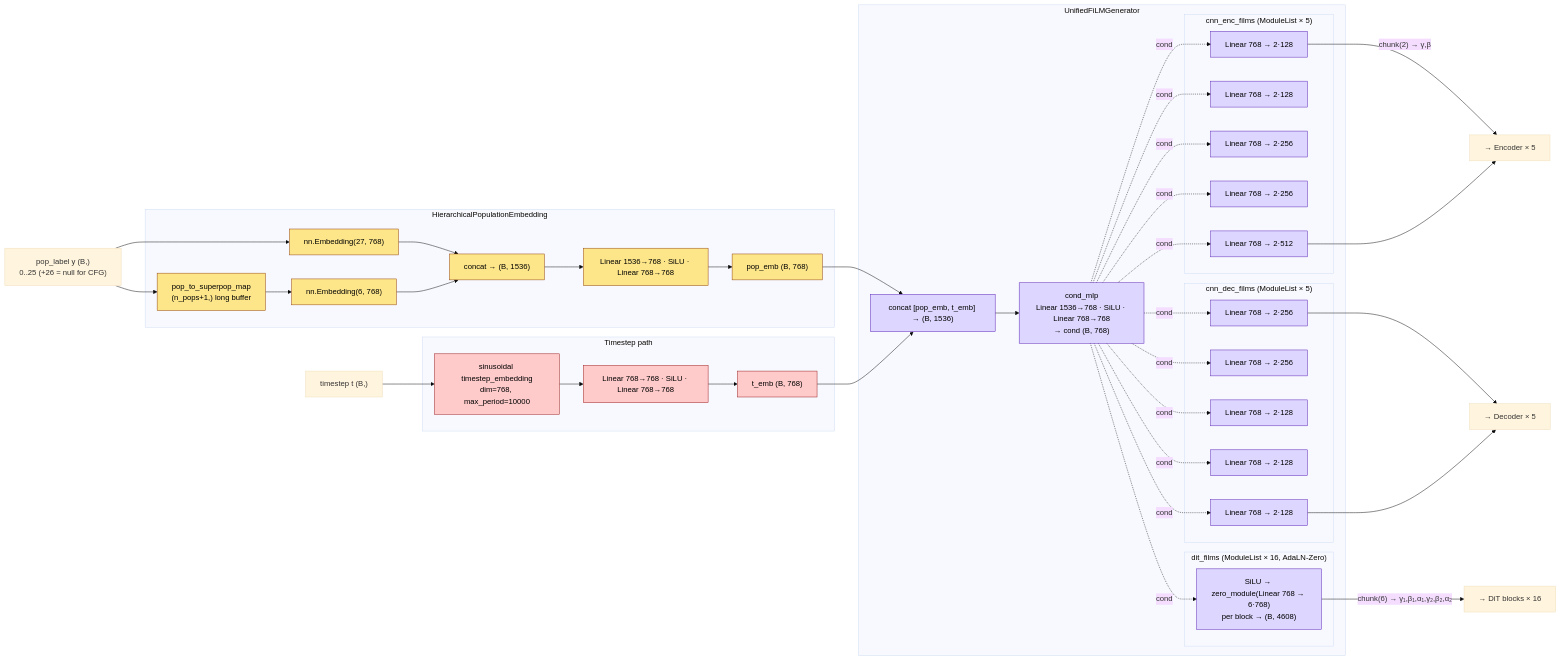
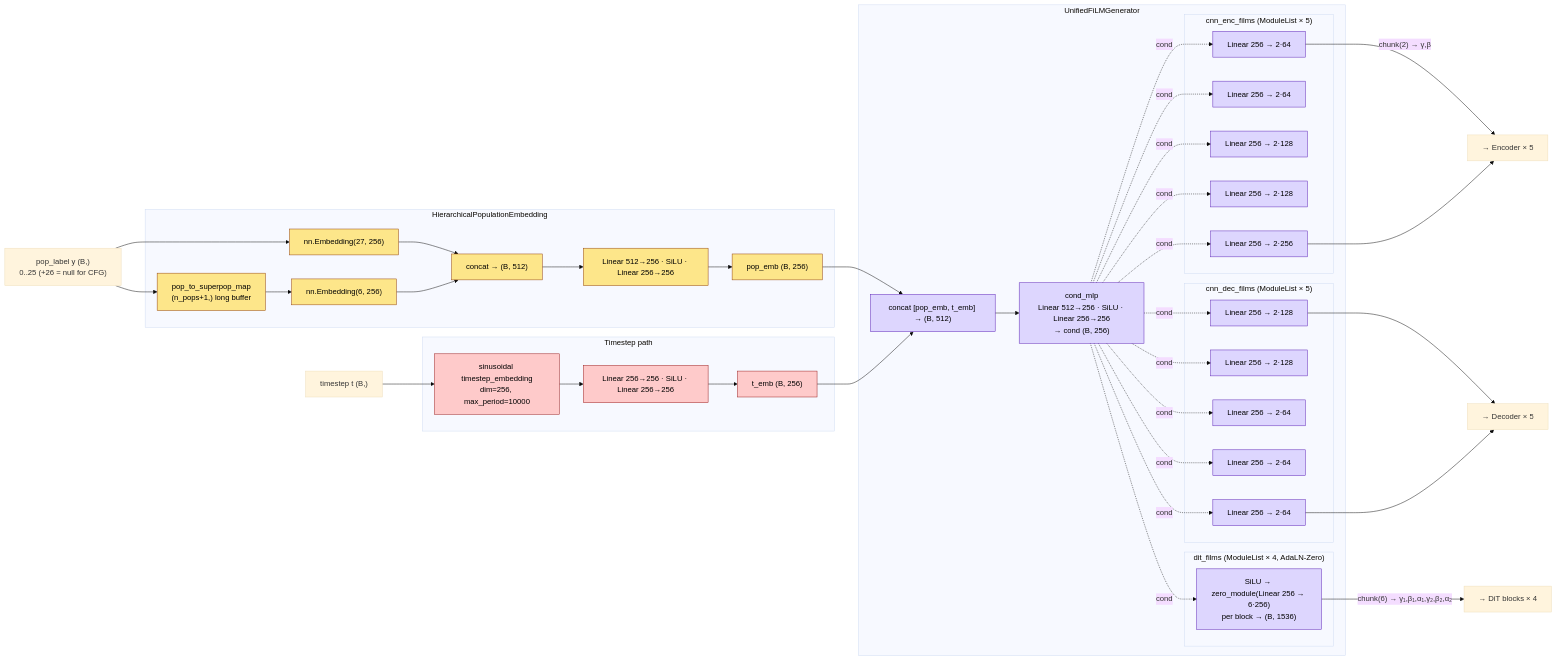
The second of 8 diagrams in README.md (zongseung/gene-synthesis-project), drawn with Mermaid (base theme) before and after one commit. The commit also changed other lines of this file and 43 other files, not shown here.

````diff
--- a/README.md
+++ b/README.md
@@ -219,71 +213,71 @@
 ```mermaid
 flowchart LR
     Y["pop_label y (B,)<br/>0..25 (+26 = null for CFG)"]
     T["timestep t (B,)"]
 
     subgraph HPE["HierarchicalPopulationEmbedding"]
         PMAP["pop_to_superpop_map<br/>(n_pops+1,) long buffer"]
-        PEMB["nn.Embedding(27, 768)"]
-        SEMB["nn.Embedding(6, 768)"]
-        CAT1["concat → (B, 1536)"]
-        FUSE["Linear 1536→768 · SiLU · Linear 768→768"]
-        POUT["pop_emb (B, 768)"]
+        PEMB["nn.Embedding(27, 256)"]
+        SEMB["nn.Embedding(6, 256)"]
+        CAT1["concat → (B, 512)"]
+        FUSE["Linear 512→256 · SiLU · Linear 256→256"]
+        POUT["pop_emb (B, 256)"]
     end
 
     subgraph TME["Timestep path"]
-        SINE["sinusoidal timestep_embedding<br/>dim=768, max_period=10000"]
-        TMLP["Linear 768→768 · SiLU · Linear 768→768"]
-        TOUT["t_emb (B, 768)"]
+        SINE["sinusoidal timestep_embedding<br/>dim=256, max_period=10000"]
+        TMLP["Linear 256→256 · SiLU · Linear 256→256"]
+        TOUT["t_emb (B, 256)"]
     end
 
     subgraph UFG["UnifiedFiLMGenerator"]
-        CAT2["concat [pop_emb, t_emb] → (B, 1536)"]
-        CMLP["cond_mlp<br/>Linear 1536→768 · SiLU · Linear 768→768<br/>→ cond (B, 768)"]
+        CAT2["concat [pop_emb, t_emb] → (B, 512)"]
+        CMLP["cond_mlp<br/>Linear 512→256 · SiLU · Linear 256→256<br/>→ cond (B, 256)"]
 
         subgraph CNN_ENC_FILM["cnn_enc_films (ModuleList × 5)"]
-            LE1["Linear 768 → 2·128"]
-            LE2["Linear 768 → 2·128"]
-            LE3["Linear 768 → 2·256"]
-            LE4["Linear 768 → 2·256"]
-            LE5["Linear 768 → 2·512"]
+            LE1["Linear 256 → 2·64"]
+            LE2["Linear 256 → 2·64"]
+            LE3["Linear 256 → 2·128"]
+            LE4["Linear 256 → 2·128"]
+            LE5["Linear 256 → 2·256"]
         end
 
         subgraph CNN_DEC_FILM["cnn_dec_films (ModuleList × 5)"]
-            LD1["Linear 768 → 2·256"]
-            LD2["Linear 768 → 2·256"]
-            LD3["Linear 768 → 2·128"]
-            LD4["Linear 768 → 2·128"]
-            LD5["Linear 768 → 2·128"]
+            LD1["Linear 256 → 2·128"]
+            LD2["Linear 256 → 2·128"]
+            LD3["Linear 256 → 2·64"]
+            LD4["Linear 256 → 2·64"]
+            LD5["Linear 256 → 2·64"]
         end
 
-        subgraph DIT_FILM["dit_films (ModuleList × 16, AdaLN-Zero)"]
-            DF["SiLU → zero_module(Linear 768 → 6·768)<br/>per block → (B, 4608)"]
+        subgraph DIT_FILM["dit_films (ModuleList × 4, AdaLN-Zero)"]
+            DF["SiLU → zero_module(Linear 256 → 6·256)<br/>per block → (B, 1536)"]
         end
     end
 
     Y --> PEMB --> CAT1
     Y --> PMAP --> SEMB --> CAT1 --> FUSE --> POUT
     T --> SINE --> TMLP --> TOUT
 
     POUT --> CAT2
     TOUT --> CAT2 --> CMLP
 
     CMLP -. cond .-> LE1 & LE2 & LE3 & LE4 & LE5
     CMLP -. cond .-> LD1 & LD2 & LD3 & LD4 & LD5
     CMLP -. cond .-> DF
 
     LE1 -->|"chunk(2) → γ,β"| EO["→ Encoder × 5"]
     LE5 --> EO
 
     LD1 --> DO["→ Decoder × 5"]
     LD5 --> DO
 
-    DF -->|"chunk(6) → γ₁,β₁,α₁,γ₂,β₂,α₂"| DITO["→ DiT blocks × 16"]
+    DF -->|"chunk(6) → γ₁,β₁,α₁,γ₂,β₂,α₂"| DITO["→ DiT blocks × 4"]
 
     classDef hpe fill:#fde68a,stroke:#92400e,color:#000
     classDef tme fill:#fecaca,stroke:#991b1b,color:#000
     classDef ufg fill:#ddd6fe,stroke:#5b21b6,color:#000
     class PMAP,PEMB,SEMB,CAT1,FUSE,POUT hpe
     class SINE,TMLP,TOUT tme
     class CAT2,CMLP,LE1,LE2,LE3,LE4,LE5,LD1,LD2,LD3,LD4,LD5,DF ufg
 ```
````
